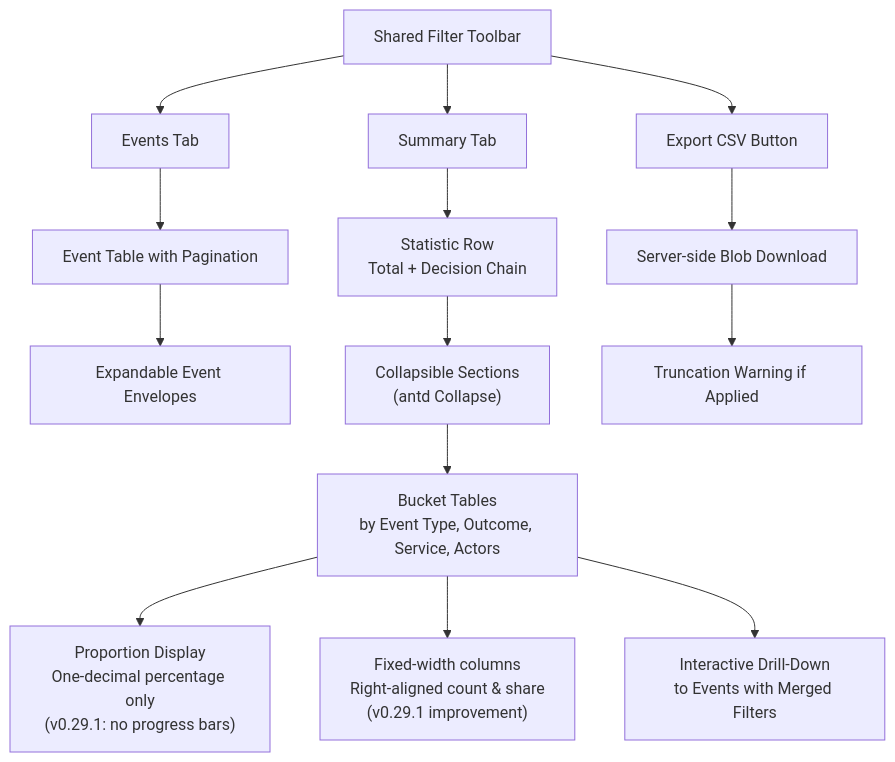
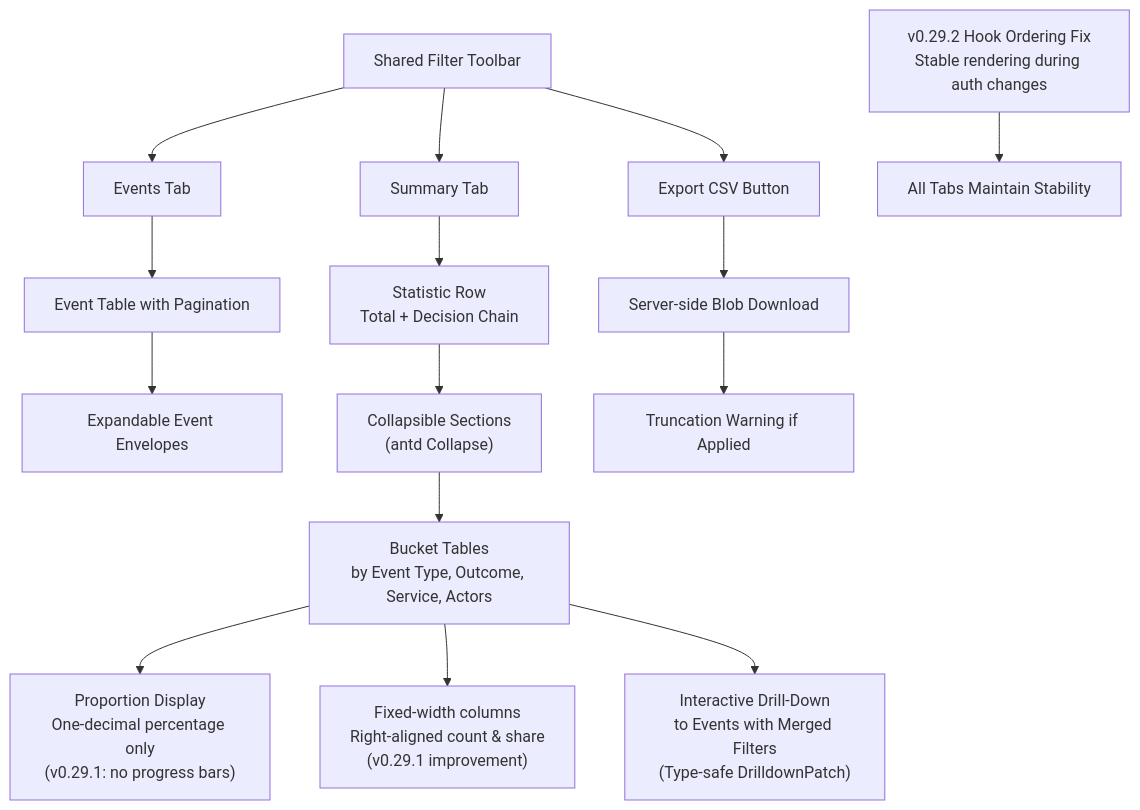
One commit to metasync/luban-aiops changed the seventh of 10 diagrams in .qoder/repowiki/en/content/Operator Portal.md. Above: the diagram before and after it, drawn with Mermaid. The commit also changed other lines of this file and 2 other files, not shown here.

````diff
--- a/.qoder/repowiki/en/content/Operator Portal.md
+++ b/.qoder/repowiki/en/content/Operator Portal.md
@@ -256,16 +268,17 @@
 ```mermaid
 flowchart TD
 FilterToolbar["Shared Filter Toolbar"] --> EventsTab["Events Tab"]
 FilterToolbar --> SummaryTab["Summary Tab"]
 FilterToolbar --> ExportBtn["Export CSV Button"]
 EventsTab --> EventTable["Event Table with Pagination"]
 EventTable --> ExpandableRows["Expandable Event Envelopes"]
 SummaryTab --> StatisticRow["Statistic Row<br/>Total + Decision Chain"]
 StatisticRow --> CollapsibleSections["Collapsible Sections<br/>(antd Collapse)"]
 CollapsibleSections --> BucketTables["Bucket Tables<br/>by Event Type, Outcome, Service, Actors"]
 BucketTables --> ProportionDisplay["Proportion Display<br/>One-decimal percentage only<br/>(v0.29.1: no progress bars)"]
 BucketTables --> FixedWidthColumns["Fixed-width columns<br/>Right-aligned count & share<br/>(v0.29.1 improvement)"]
-BucketTables --> Drilldown["Interactive Drill-Down<br/>to Events with Merged Filters"]
+BucketTables --> Drilldown["Interactive Drill-Down<br/>to Events with Merged Filters<br/>(Type-safe DrilldownPatch)"]
 ExportBtn --> BlobDownload["Server-side Blob Download"]
 BlobDownload --> TruncationWarning["Truncation Warning if Applied"]
+HookOrderFix["v0.29.2 Hook Ordering Fix<br/>Stable rendering during auth changes"] --> AllTabs["All Tabs Maintain Stability"]
 ```
````
